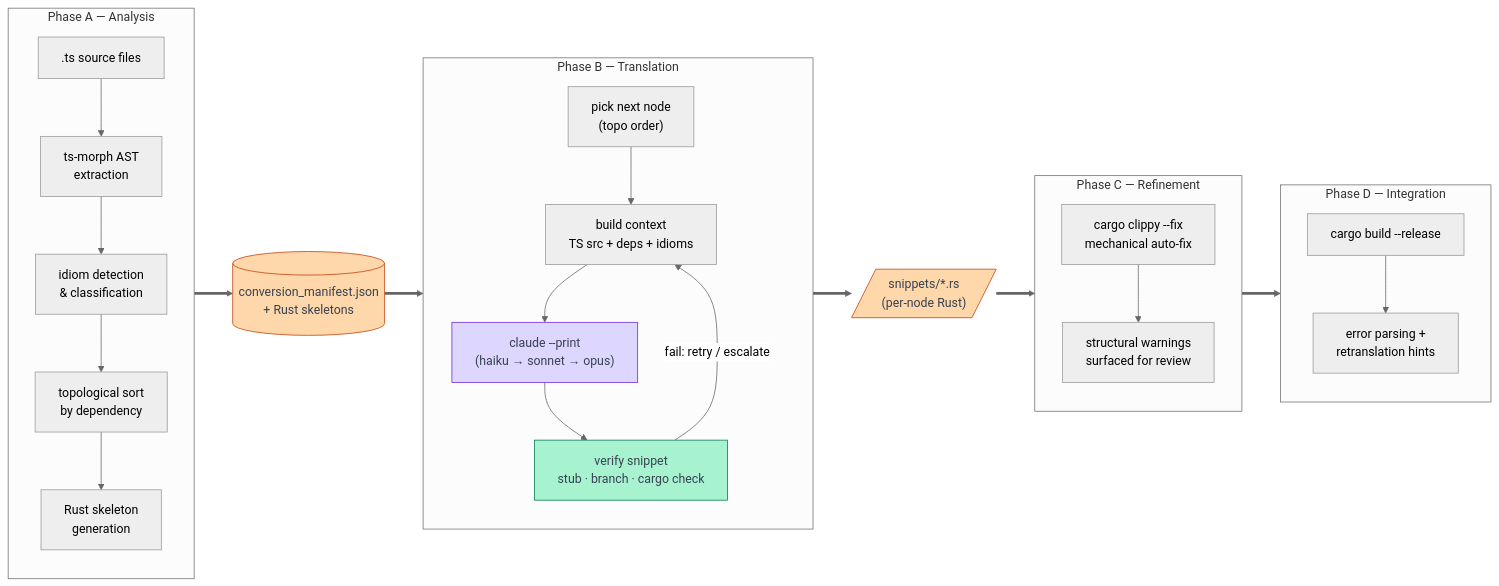
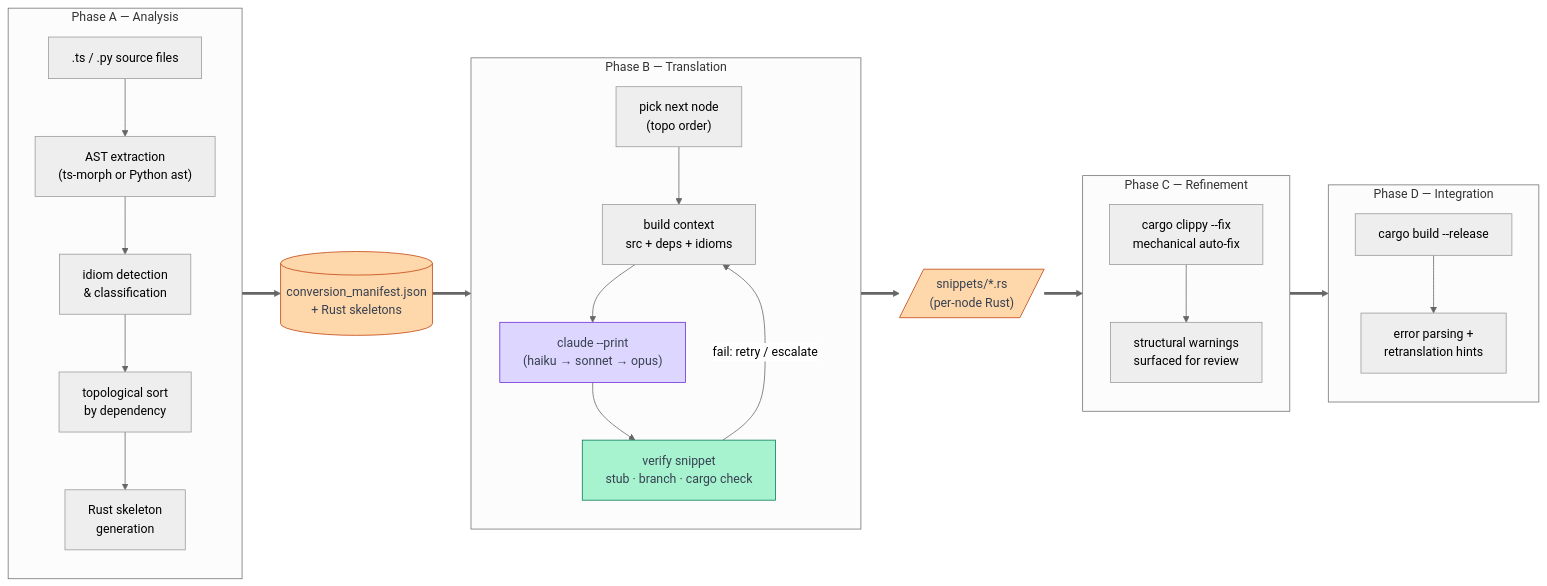
Before and after one commit to ByteBard97/oxidant: the first of 2 diagrams in README.md, drawn with Mermaid (neutral theme). The commit also changed other lines of this file and 5 other files, not shown here.

````diff
--- a/README.md
+++ b/README.md
@@ -20,55 +20,55 @@
 ```mermaid
 flowchart LR
 
     subgraph phaseA ["Phase A — Analysis"]
         direction TB
-        tsFiles[".ts source files"]
-        astExtract["ts-morph AST<br>extraction"]
+        tsFiles[".ts / .py source files"]
+        astExtract["AST extraction<br>(ts-morph or Python ast)"]
         idiomDetect["idiom detection<br>& classification"]
         topoSort["topological sort<br>by dependency"]
         skeleton["Rust skeleton<br>generation"]
         tsFiles --> astExtract --> idiomDetect --> topoSort --> skeleton
     end
 
     manifest[("conversion_manifest.json<br>+ Rust skeletons")]
 
     subgraph phaseB ["Phase B — Translation"]
         direction TB
         pickNode["pick next node<br>(topo order)"]
-        buildCtx["build context<br>TS src + deps + idioms"]
+        buildCtx["build context<br>src + deps + idioms"]
         claudeCall["claude --print<br>(haiku → sonnet → opus)"]
         verifySnip["verify snippet<br>stub · branch · cargo check"]
         pickNode --> buildCtx --> claudeCall --> verifySnip
         verifySnip -->|"fail: retry / escalate"| buildCtx
     end
 
     snippets[/"snippets/*.rs<br>(per-node Rust)"/]
 
     subgraph phaseC ["Phase C — Refinement"]
         direction TB
         clippyFix["cargo clippy --fix<br>mechanical auto-fix"]
         clippyReview["structural warnings<br>surfaced for review"]
         clippyFix --> clippyReview
     end
 
     subgraph phaseD ["Phase D — Integration"]
         direction TB
         cargoBuild["cargo build --release"]
         errorParse["error parsing +<br>retranslation hints"]
         cargoBuild --> errorParse
     end
 
     phaseA ==> manifest
     manifest ==> phaseB
     phaseB ==> snippets
     snippets ==> phaseC
     phaseC ==> phaseD
 
     classDef io fill:#fed7aa,stroke:#c2410c,color:#374151
     classDef ai fill:#ddd6fe,stroke:#6d28d9,color:#374151
     classDef success fill:#a7f3d0,stroke:#047857,color:#374151
 
     class manifest,snippets io
     class claudeCall ai
     class verifySnip success
 ```
````
